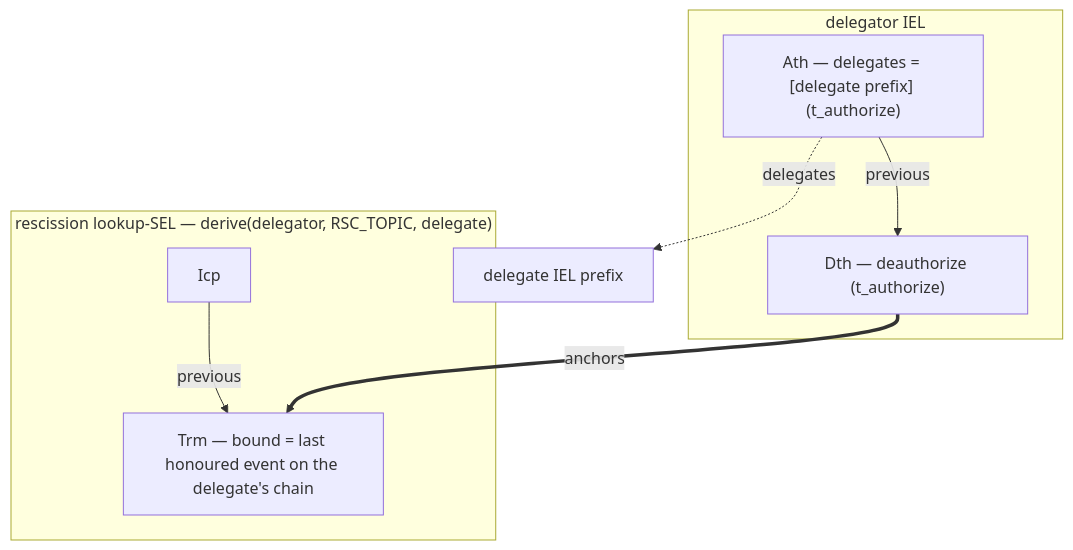
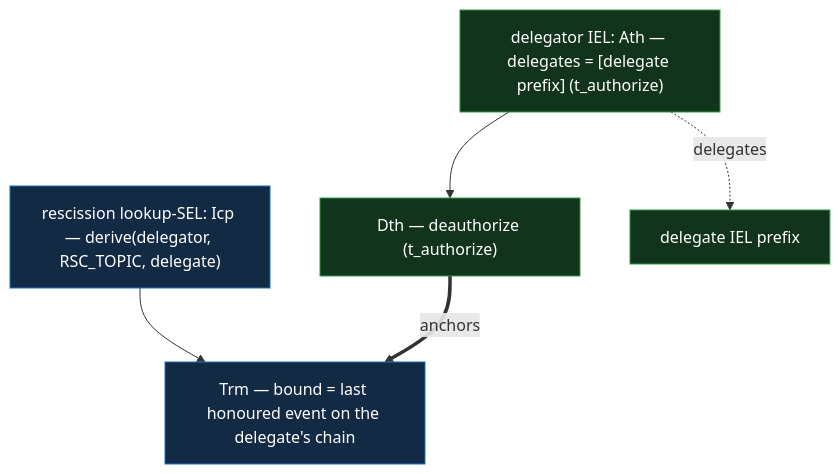
One commit to jasoncolburne/vdti changed the diagram in docs/design/primitives/data/event-logs/iel/delegation.md. Above: the diagram before and after it, drawn with Mermaid. The commit also changed other lines of this file and 13 other files, not shown here.

Commit message:
VDTI-10: Fix table, diagrams, other defects

````diff
--- a/docs/design/primitives/data/event-logs/iel/delegation.md
+++ b/docs/design/primitives/data/event-logs/iel/delegation.md
@@ -18,14 +18,10 @@
 ```mermaid
 flowchart TB
-  subgraph delegator["delegator IEL"]
-    dAth["Ath — delegates = [delegate prefix] (t_authorize)"]
-    dDth["Dth — deauthorize (t_authorize)"]
-    dAth -->|previous| dDth
-  end
-  subgraph resc["rescission lookup-SEL — derive(delegator, RSC_TOPIC, delegate)"]
-    rIcp["Icp"] -->|previous| rTrm["Trm — bound = last honoured event on the delegate's chain"]
-  end
-  P["delegate IEL prefix"]
+  dAth["delegator IEL: Ath — delegates = [delegate prefix] (t_authorize)"]:::iel --> dDth["Dth — deauthorize (t_authorize)"]:::iel
+  rIcp["rescission lookup-SEL: Icp — derive(delegator, RSC_TOPIC, delegate)"]:::sel --> rTrm["Trm — bound = last honoured event on the delegate's chain"]:::sel
+  P["delegate IEL prefix"]:::iel
   dAth -.->|delegates| P
   dDth ==>|anchors| rTrm
+  classDef iel fill:#12331c,stroke:#2f9e44,color:#fff
+  classDef sel fill:#122a44,stroke:#1971c2,color:#fff
 ```
````
